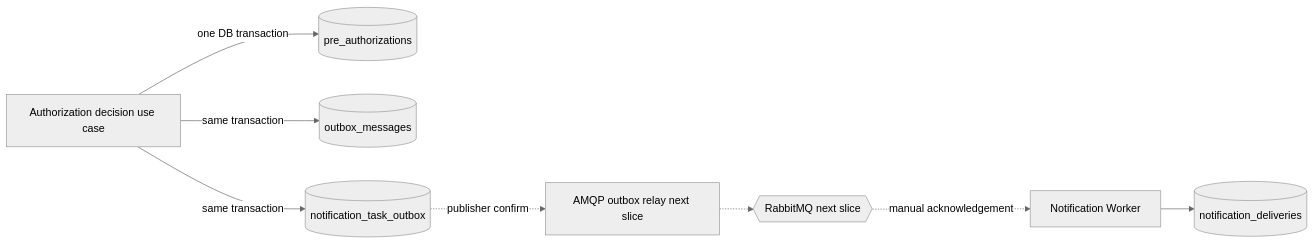
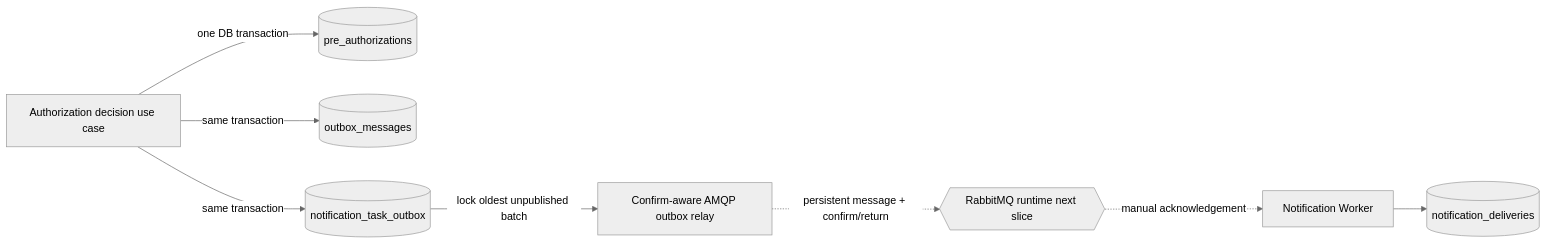
One commit to aydindemir1/health-insurance-platform changed the second of 3 diagrams in docs/architecture/event-driven-messaging.md. Above: the diagram before and after it, drawn with Mermaid (neutral theme). The commit also changed other lines of this file and 9 other files, not shown here.

````diff
--- a/docs/architecture/event-driven-messaging.md
+++ b/docs/architecture/event-driven-messaging.md
@@ -20,19 +20,19 @@
 ```mermaid
 flowchart LR
     Decision[Authorization decision use case]
     PA[(pre_authorizations)]
     Event[(outbox_messages)]
     Task[(notification_task_outbox)]
-    AmqpRelay[AMQP outbox relay next slice]
-    Rabbit{{RabbitMQ next slice}}
+    AmqpRelay[Confirm-aware AMQP outbox relay]
+    Rabbit{{RabbitMQ runtime next slice}}
     Worker[Notification Worker]
     Delivery[(notification_deliveries)]
 
     Decision -->|one DB transaction| PA
     Decision -->|same transaction| Event
     Decision -->|same transaction| Task
-    Task -. publisher confirm .-> AmqpRelay
-    AmqpRelay -.-> Rabbit
+    Task -->|lock oldest unpublished batch| AmqpRelay
+    AmqpRelay -. persistent message + confirm/return .-> Rabbit
     Rabbit -. manual acknowledgement .-> Worker
     Worker --> Delivery
 ```
````
